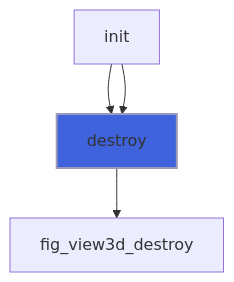
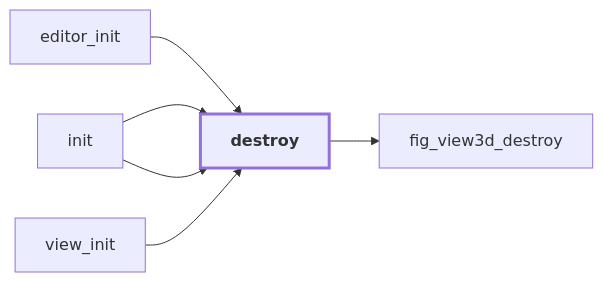
One commit to szaghi/figure changed the third of 39 diagrams in docs/api/src/lib/figure_view3d.md. Above: the diagram before and after it, drawn with Mermaid. The commit also changed other lines of this file and 54 other files, not shown here.

````diff
--- a/docs/api/src/lib/figure_view3d.md
+++ b/docs/api/src/lib/figure_view3d.md
@@ -237,7 +269,14 @@
 ```mermaid
-flowchart TD
+flowchart LR
+  editor_init["editor_init"] --> destroy["destroy"]
   init["init"] --> destroy["destroy"]
   init["init"] --> destroy["destroy"]
+  view_init["view_init"] --> destroy["destroy"]
   destroy["destroy"] --> fig_view3d_destroy["fig_view3d_destroy"]
-  style destroy fill:#3e63dd,stroke:#99b,stroke-width:2px
+  classDef focus stroke-width:3px,font-weight:bold
+  class destroy focus
+  click editor_init href "figure_editor.html#editor-init" "editor_init"
+  click init href "figure_app.html#init" "init"
+  click view_init href "figure_markdown.html#view-init" "view_init"
+  click fig_view3d_destroy href "#fig-view3d-destroy" "fig_view3d_destroy"
 ```
````
